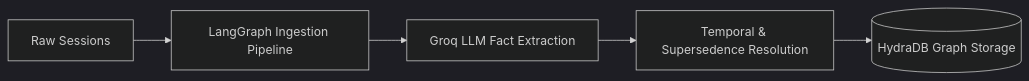
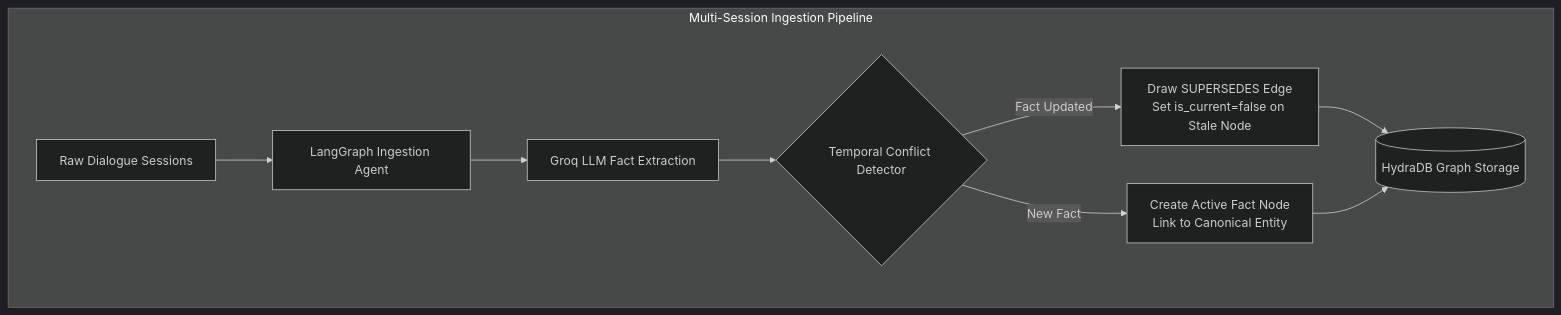
Before and after one commit to yamin-H/MemoryGraph: the first of 3 diagrams in README.md, drawn with Mermaid (dark theme). The commit also changed other lines of this file and 56 other files, not shown here.

````diff
--- a/README.md
+++ b/README.md
@@ -27,7 +34,13 @@
 ```mermaid
 flowchart LR
-    Raw[Raw Sessions] --> IngestPipe[LangGraph Ingestion Pipeline]
-    IngestPipe --> GroqExtract[Groq LLM Fact Extraction]
-    GroqExtract --> TemporalCheck[Temporal & Supersedence Resolution]
-    TemporalCheck --> HydraStore[(HydraDB Graph Storage)]
+    subgraph Ingestion ["Multi-Session Ingestion Pipeline"]
+        direction LR
+        S[Raw Dialogue Sessions] --> P[LangGraph Ingestion Agent]
+        P --> E[Groq LLM Fact Extraction]
+        E --> T{Temporal Conflict Detector}
+        T -- Fact Updated --> Sup[Draw SUPERSEDES Edge<br/>Set is_current=false on Stale Node]
+        T -- New Fact --> NewF[Create Active Fact Node<br/>Link to Canonical Entity]
+        Sup --> H[(HydraDB Graph Storage)]
+        NewF --> H
+    end
 ```
````
